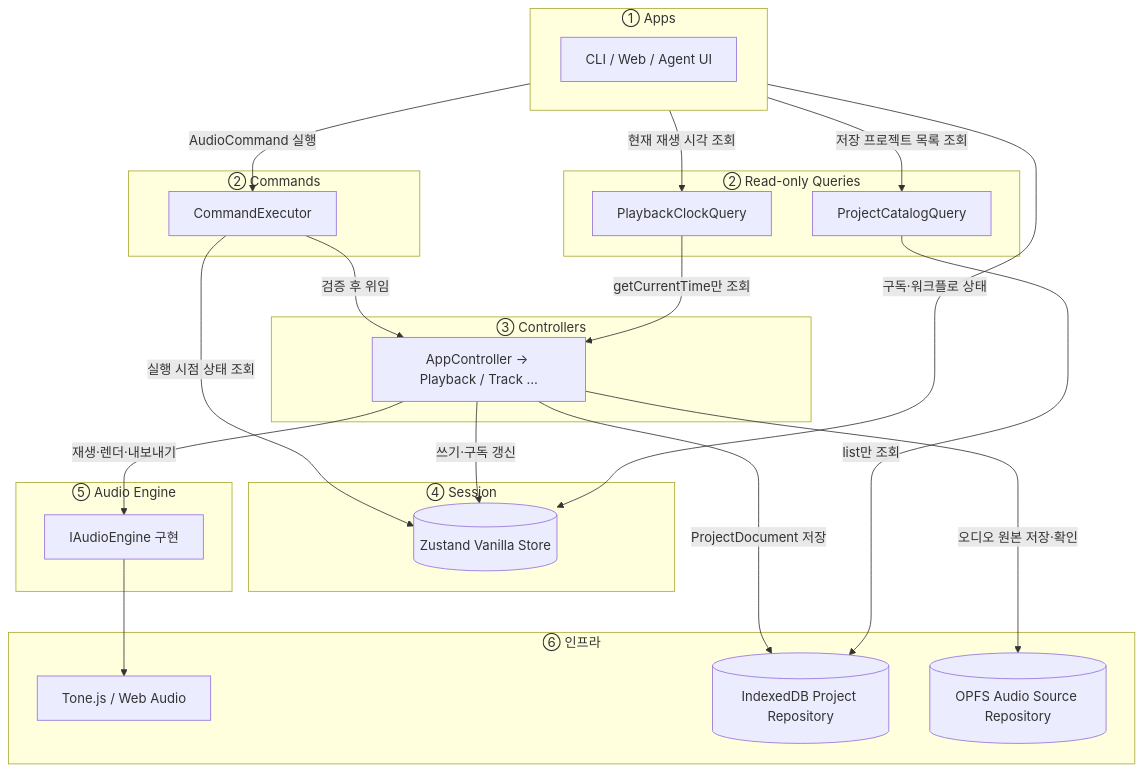
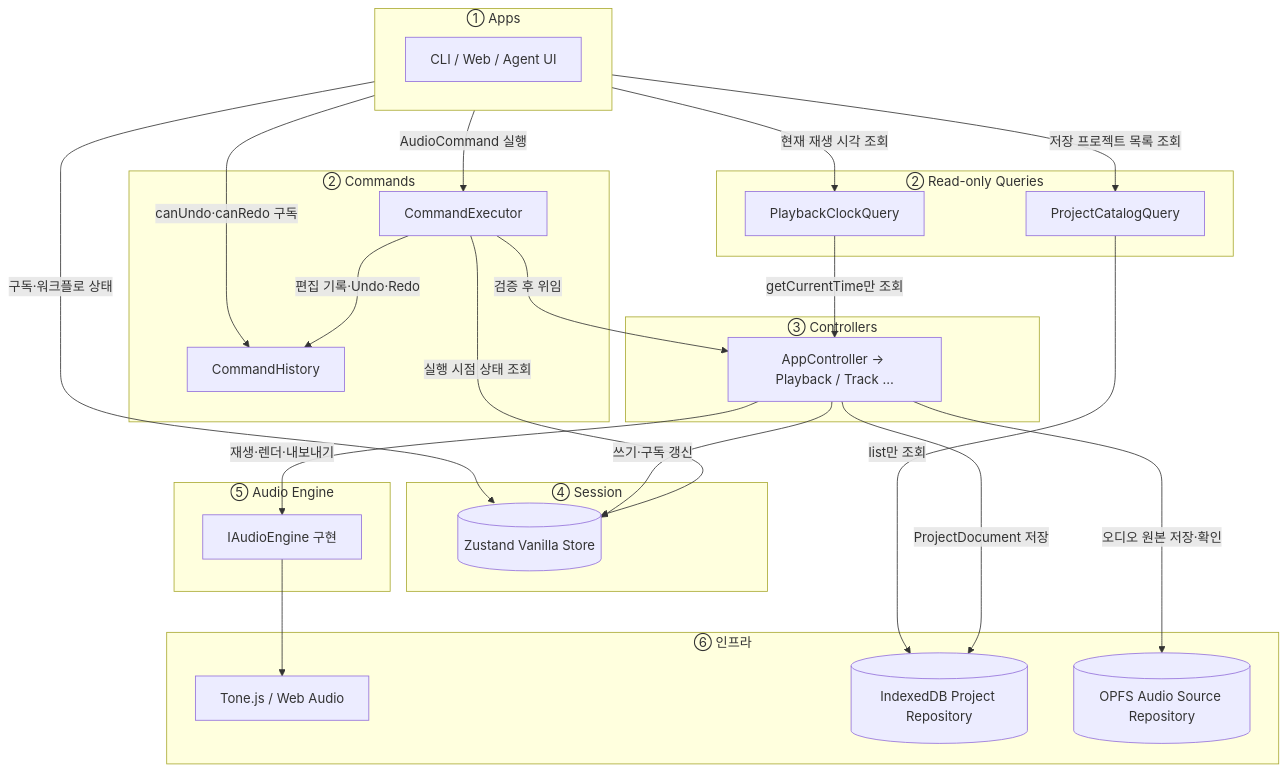
Before and after one commit to whizzkid1452/drop-ai: the first of 4 diagrams in docs/architecture.md, drawn with Mermaid. The commit also changed other lines of this file and 21 other files, not shown here.

Commit message:
feat(history): 편집 Undo와 Redo 경로 추가

````diff
--- a/docs/architecture.md
+++ b/docs/architecture.md
@@ -22,49 +22,52 @@
 ```mermaid
 flowchart TB
     subgraph apps["① Apps"]
         direction LR
         A["CLI / Web / Agent UI"]
     end
 
     subgraph command["② Commands"]
         CE["CommandExecutor"]
+        CH["CommandHistory"]
     end
 
     subgraph query["② Read-only Queries"]
         Q["PlaybackClockQuery"]
         CQ["ProjectCatalogQuery"]
     end
 
     subgraph ctrl["③ Controllers"]
         AC["AppController → Playback / Track …"]
     end
 
     subgraph state["④ Session"]
         SS[("Zustand Vanilla Store")]
     end
 
     subgraph ae["⑤ Audio Engine"]
         IAE["IAudioEngine 구현"]
     end
 
     subgraph low["⑥ 인프라"]
         T["Tone.js / Web Audio"]
         PR[("IndexedDB Project Repository")]
         AR[("OPFS Audio Source Repository")]
     end
 
     A -->|"AudioCommand 실행"| CE
     A -->|"현재 재생 시각 조회"| Q
     A -->|"저장 프로젝트 목록 조회"| CQ
     A -->|"구독·워크플로 상태"| SS
 
     CE -->|"검증 후 위임"| AC
     CE -->|"실행 시점 상태 조회"| SS
+    CE -->|"편집 기록·Undo·Redo"| CH
+    A -->|"canUndo·canRedo 구독"| CH
     AC -->|"쓰기·구독 갱신"| SS
     AC -->|"재생·렌더·내보내기"| IAE
     AC -->|"ProjectDocument 저장"| PR
     AC -->|"오디오 원본 저장·확인"| AR
     Q -->|"getCurrentTime만 조회"| AC
     CQ -->|"list만 조회"| PR
     IAE --> T
 ```
````
